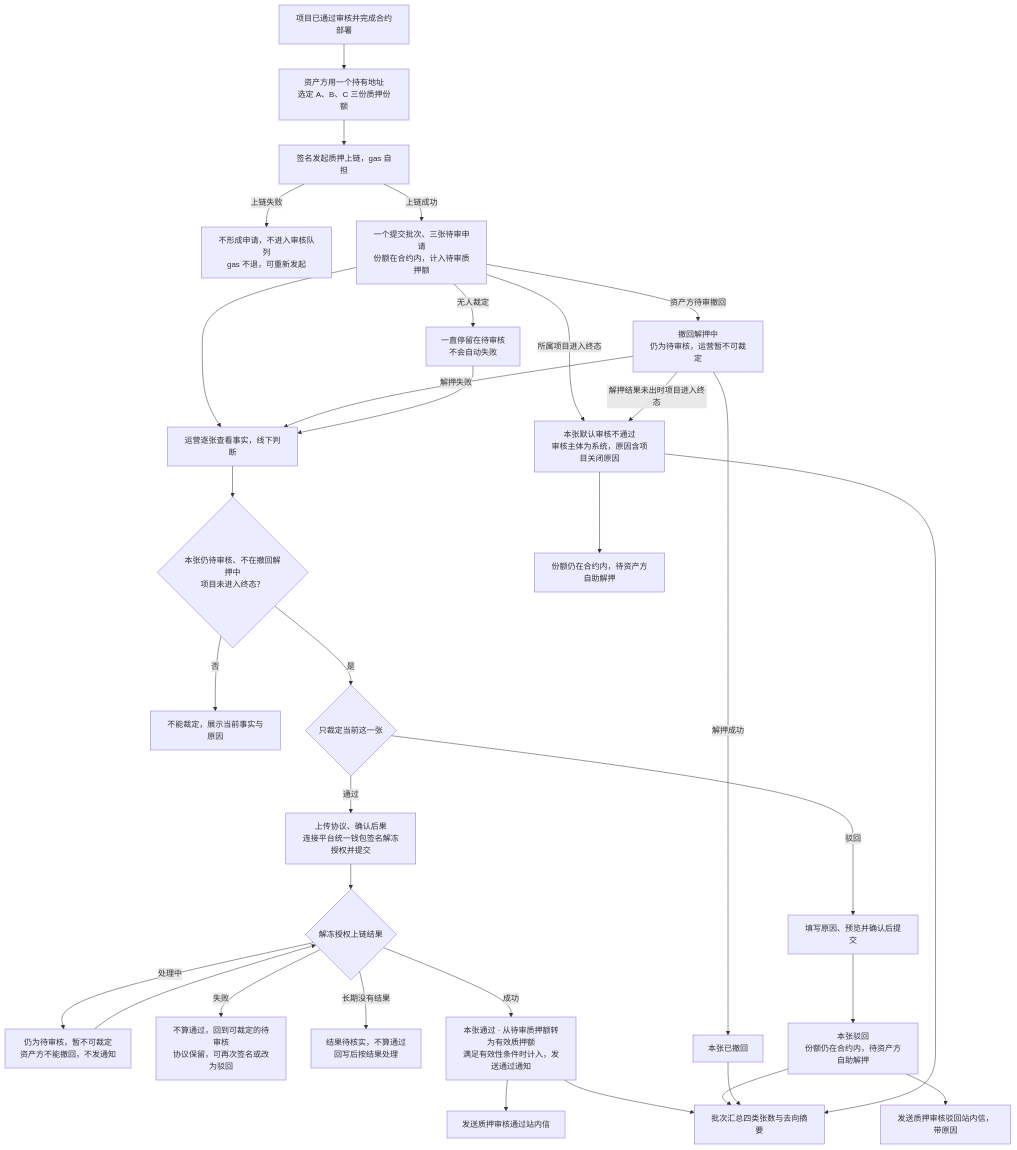
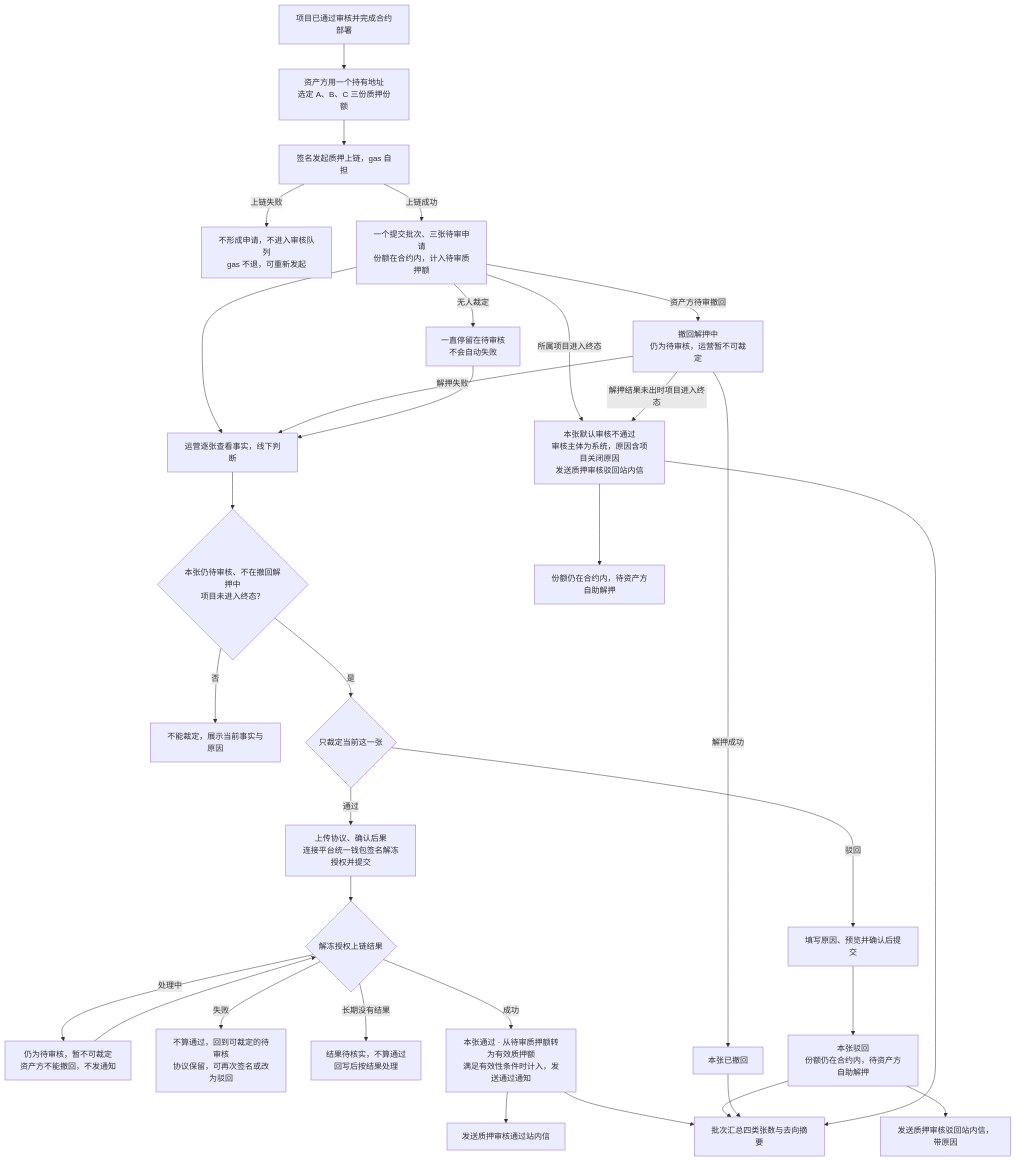
Before and after one commit to wxblockchain/Chain-Financing: the first of 5 diagrams in lending-platform/PRD/运营端/06-代币质押审核/02-代币质押审核-流程图与状态机.md, drawn with Mermaid. The commit also changed other lines of this file and 4 other files, not shown here.

````diff
--- a/lending-platform/PRD/运营端/06-代币质押审核/02-代币质押审核-流程图与状态机.md
+++ b/lending-platform/PRD/运营端/06-代币质押审核/02-代币质押审核-流程图与状态机.md
@@ -19,34 +19,34 @@
 ```mermaid
 flowchart TD
   S["项目已通过审核并完成合约部署"] --> A["资产方用一个持有地址<br/>选定 A、B、C 三份质押份额"]
   A --> T["签名发起质押上链，gas 自担"]
   T -- "上链失败" --> TF["不形成申请，不进入审核队列<br/>gas 不退，可重新发起"]
   T -- "上链成功" --> B["一个提交批次、三张待审申请<br/>份额在合约内，计入待审质押额"]
   B --> C["运营逐张查看事实，线下判断"]
   C --> D{"本张仍待审核、不在撤回解押中<br/>项目未进入终态？"}
   D -- "否" --> E["不能裁定，展示当前事实与原因"]
   D -- "是" --> F{"只裁定当前这一张"}
   F -- "通过" --> G["上传协议、确认后果<br/>连接平台统一钱包签名解冻授权并提交"]
   G --> U{"解冻授权上链结果"}
   U -- "处理中" --> U1["仍为待审核，暂不可裁定<br/>资产方不能撤回，不发通知"]
   U1 --> U
   U -- "失败" --> U2["不算通过，回到可裁定的待审核<br/>协议保留，可再次签名或改为驳回"]
   U -- "长期没有结果" --> U3["结果待核实，不算通过<br/>回写后按结果处理"]
   F -- "驳回" --> H["填写原因、预览并确认后提交"]
   U -- "成功" --> J["本张通过 · 从待审质押额转为有效质押额<br/>满足有效性条件时计入，发送通过通知"]
   H --> K["本张驳回<br/>份额仍在合约内，待资产方自助解押"]
   J --> L["发送质押审核通过站内信"]
   K --> M["发送质押审核驳回站内信，带原因"]
   B -- "资产方待审撤回" --> RP["撤回解押中<br/>仍为待审核，运营暂不可裁定"]
   RP -- "解押成功" --> N["本张已撤回"]
   RP -- "解押失败" --> C
-  B -- "所属项目进入终态" --> CL["本张默认审核不通过<br/>审核主体为系统，原因含项目关闭原因"]
+  B -- "所属项目进入终态" --> CL["本张默认审核不通过<br/>审核主体为系统，原因含项目关闭原因<br/>发送质押审核驳回站内信"]
   RP -- "解押结果未出时项目进入终态" --> CL
   CL --> K2["份额仍在合约内，待资产方自助解押"]
   B -- "无人裁定" --> W["一直停留在待审核<br/>不会自动失败"]
   W --> C
   J --> Q["批次汇总四类张数与去向摘要"]
   K --> Q
   N --> Q
   CL --> Q
 ```
````
